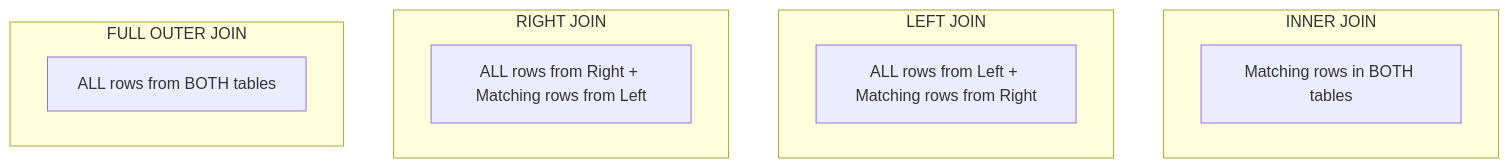
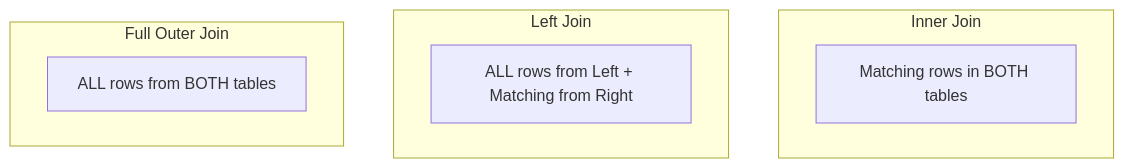
Before and after one commit to priyanshu-arya/Interview_Guide: the second of 4 diagrams in SQL/Cheat_Sheet.md, drawn with Mermaid. The commit also changed other lines of this file and 23 other files, not shown here.

````diff
--- a/SQL/Cheat_Sheet.md
+++ b/SQL/Cheat_Sheet.md
@@ -47,15 +45,12 @@
 ```mermaid
 graph TD
-    subgraph INNER JOIN
+    subgraph Inner Join
         I[Matching rows in BOTH tables]
     end
-    subgraph LEFT JOIN
-        L[ALL rows from Left + Matching rows from Right]
+    subgraph Left Join
+        L[ALL rows from Left + Matching from Right]
     end
-    subgraph RIGHT JOIN
-        R[ALL rows from Right + Matching rows from Left]
-    end
-    subgraph FULL OUTER JOIN
+    subgraph Full Outer Join
         F[ALL rows from BOTH tables]
     end
 ```
````
